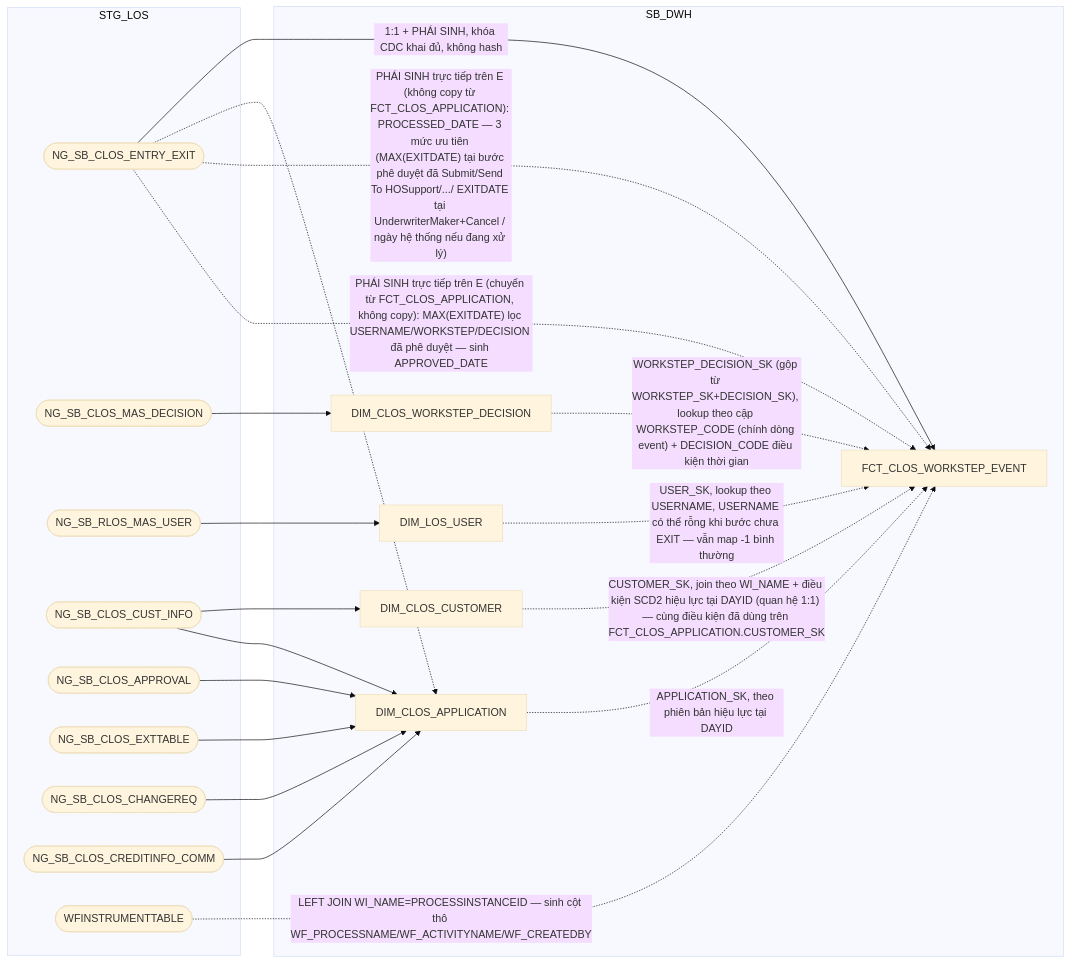
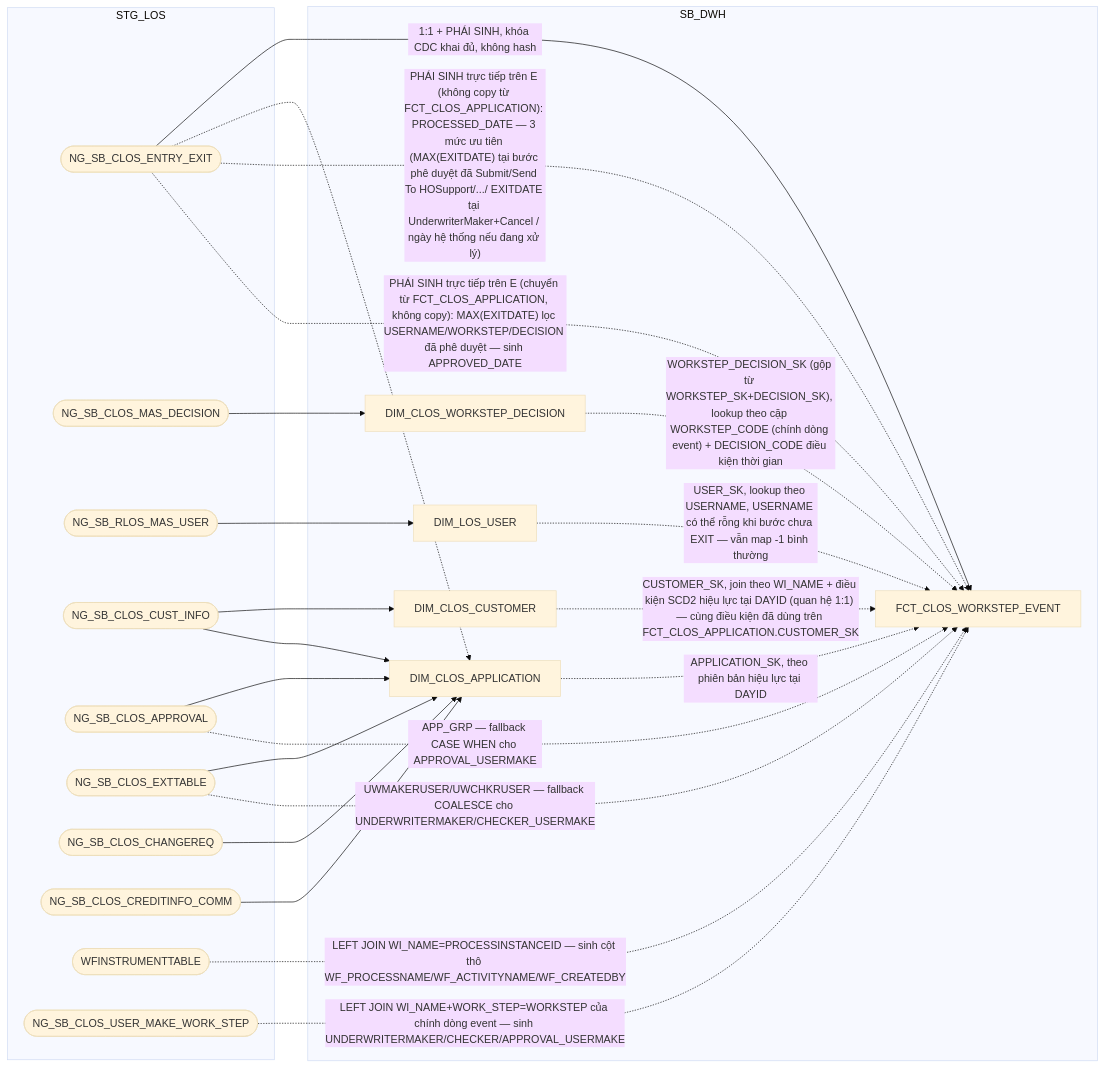
Before and after one commit to chien1198/sb-mapping-gen: the fifth of 14 diagrams in hld/hld_review/HLD_FCT_SB_DWH_review.md, drawn with Mermaid (base theme). The commit also changed other lines of this file and 160 other files, not shown here.

````diff
--- a/hld/hld_review/HLD_FCT_SB_DWH_review.md
+++ b/hld/hld_review/HLD_FCT_SB_DWH_review.md
@@ -337,38 +332,42 @@
 ```mermaid
 flowchart LR
     subgraph STG_LOS
         A(["NG_SB_CLOS_ENTRY_EXIT"])
         MW(["NG_SB_CLOS_MAS_DECISION"])
         U(["NG_SB_RLOS_MAS_USER"])
         H(["NG_SB_CLOS_CUST_INFO"])
         I(["NG_SB_CLOS_APPROVAL"])
         J(["NG_SB_CLOS_EXTTABLE"])
         K1(["NG_SB_CLOS_CHANGEREQ"])
         N(["NG_SB_CLOS_CREDITINFO_COMM"])
         WF(["WFINSTRUMENTTABLE"])
+        UM(["NG_SB_CLOS_USER_MAKE_WORK_STEP"])
     end
     subgraph SB_DWH
         WD["DIM_CLOS_WORKSTEP_DECISION"]
         US["DIM_LOS_USER"]
         AP["DIM_CLOS_APPLICATION"]
         KC["DIM_CLOS_CUSTOMER"]
         E["FCT_CLOS_WORKSTEP_EVENT"]
     end
     A -->|1:1 + PHÁI SINH, khóa CDC khai đủ, không hash| E
     WD -.->|"WORKSTEP_DECISION_SK (gộp từ WORKSTEP_SK+DECISION_SK), lookup theo cặp WORKSTEP_CODE (chính dòng event) + DECISION_CODE điều kiện thời gian"| E
     US -.->|USER_SK, lookup theo USERNAME, USERNAME có thể rỗng khi bước chưa EXIT — vẫn map -1 bình thường| E
     AP -.->|APPLICATION_SK, theo phiên bản hiệu lực tại DAYID| E
     KC -.->|"CUSTOMER_SK, join theo WI_NAME + điều kiện SCD2 hiệu lực tại DAYID (quan hệ 1:1) — cùng điều kiện đã dùng trên FCT_CLOS_APPLICATION.CUSTOMER_SK"| E
     MW --> WD
     U --> US
     H --> KC
     H --> AP
     I --> AP
     J --> AP
     K1 --> AP
     A -.-> AP
     N --> AP
     A -.->|"PHÁI SINH trực tiếp trên E (không copy từ FCT_CLOS_APPLICATION): PROCESSED_DATE — 3 mức ưu tiên (MAX(EXITDATE) tại bước phê duyệt đã Submit/Send To HOSupport/.../ EXITDATE tại UnderwriterMaker+Cancel / ngày hệ thống nếu đang xử lý)"| E
     WF -.->|"LEFT JOIN WI_NAME=PROCESSINSTANCEID — sinh cột thô WF_PROCESSNAME/WF_ACTIVITYNAME/WF_CREATEDBY"| E
     A -.->|"PHÁI SINH trực tiếp trên E (chuyển từ FCT_CLOS_APPLICATION, không copy): MAX(EXITDATE) lọc USERNAME/WORKSTEP/DECISION đã phê duyệt — sinh APPROVED_DATE"| E
+    UM -.->|"LEFT JOIN WI_NAME+WORK_STEP=WORKSTEP của chính dòng event — sinh UNDERWRITERMAKER/CHECKER/APPROVAL_USERMAKE"| E
+    J -.->|"UWMAKERUSER/UWCHKRUSER — fallback COALESCE cho UNDERWRITERMAKER/CHECKER_USERMAKE"| E
+    I -.->|"APP_GRP — fallback CASE WHEN cho APPROVAL_USERMAKE"| E
 ```
````
